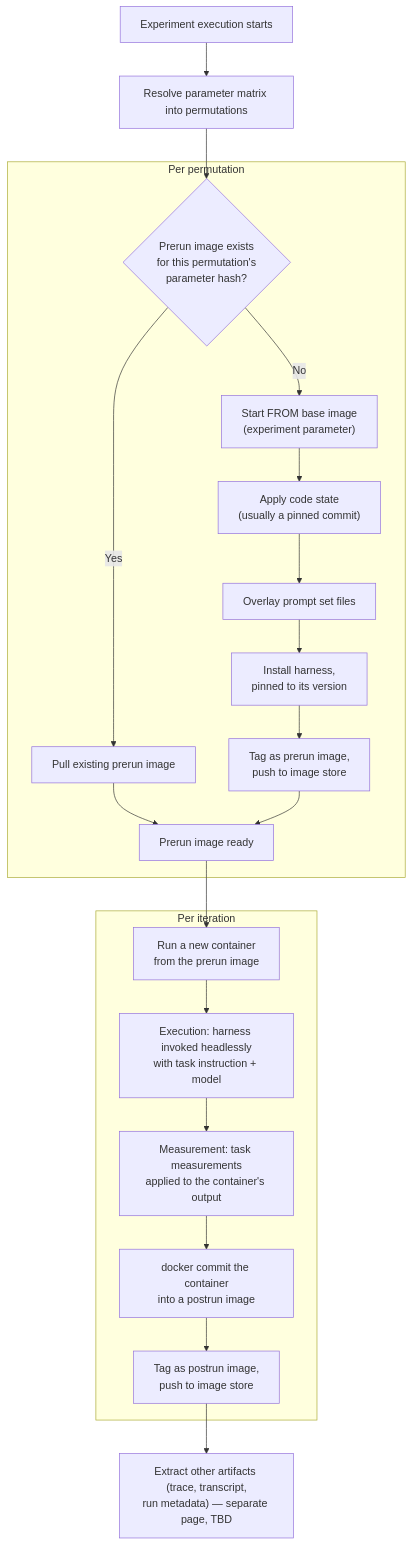
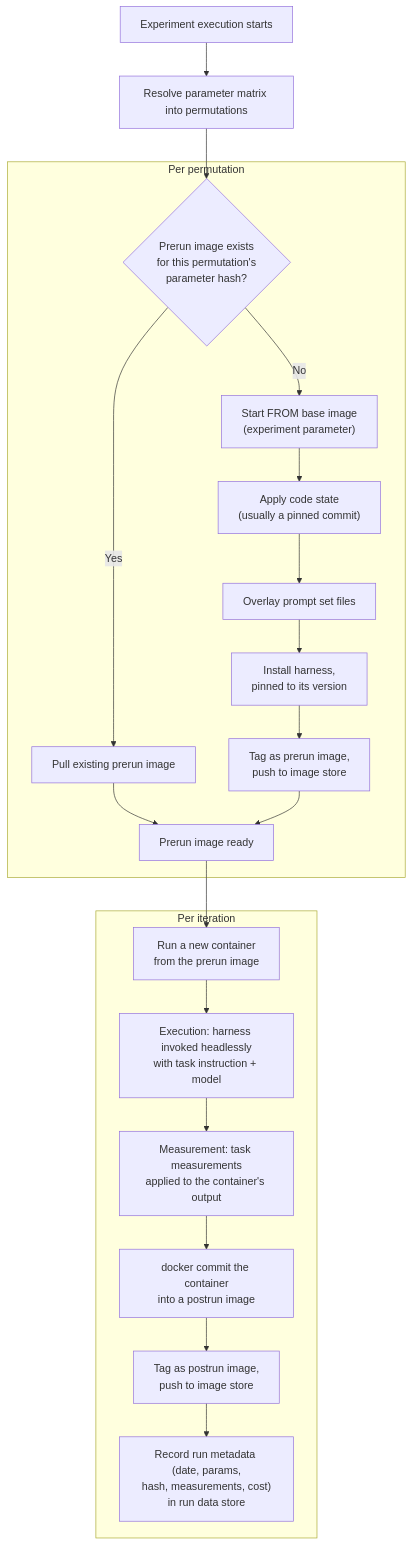
The diagram in 080-docker-execution.md (dwjohnston/thunderjar), drawn with Mermaid before and after one commit. The commit also changed other lines of this file and 5 other files, not shown here.

````diff
--- a/080-docker-execution.md
+++ b/080-docker-execution.md
@@ -11,28 +11,28 @@
 ```mermaid
 flowchart TD
     A["Experiment execution starts"] --> B["Resolve parameter matrix into permutations"]
     B --> C
 
     subgraph PERM["Per permutation"]
         C{"Prerun image exists<br/>for this permutation's<br/>parameter hash?"}
         C -- Yes --> D["Pull existing prerun image"]
         C -- No --> E["Start FROM base image<br/>(experiment parameter)"]
         E --> F["Apply code state<br/>(usually a pinned commit)"]
         F --> G["Overlay prompt set files"]
         G --> H["Install harness,<br/>pinned to its version"]
         H --> I["Tag as prerun image,<br/>push to image store"]
         D --> J["Prerun image ready"]
         I --> J
     end
 
     subgraph ITER["Per iteration"]
         K["Run a new container<br/>from the prerun image"]
         K --> L["Execution: harness invoked headlessly<br/>with task instruction + model"]
         L --> M["Measurement: task measurements<br/>applied to the container's output"]
         M --> N["docker commit the container<br/>into a postrun image"]
         N --> O["Tag as postrun image,<br/>push to image store"]
+        O --> P["Record run metadata (date, params,<br/>hash, measurements, cost)<br/>in run data store"]
     end
 
     J --> K
-    O --> P["Extract other artifacts (trace, transcript,<br/>run metadata) — separate page, TBD"]
 ```
````
